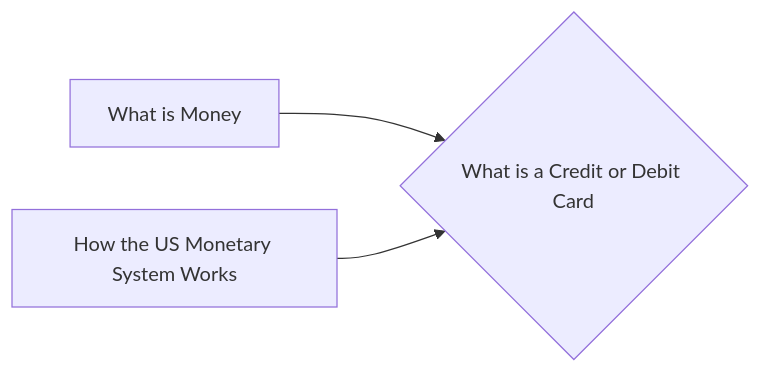
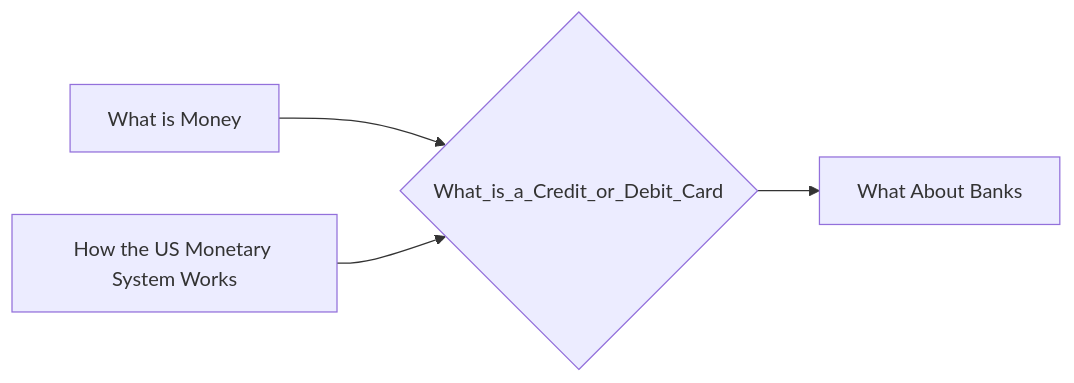
The diagram in notes/What_is_a_Credit_or_Debit_Card.md (lpurdy01/crypto-knowledge-map), drawn with Mermaid before and after one commit. The commit also changed 161 other files, not shown here.

````diff
--- a/notes/What_is_a_Credit_or_Debit_Card.md
+++ b/notes/What_is_a_Credit_or_Debit_Card.md
@@ -9,5 +9,6 @@
 ```mermaid
 graph LR
-1["What is Money"]-->0{"What is a Credit or Debit Card"}
-2["How the US Monetary System Works"]-->0{"What is a Credit or Debit Card"}
+1["What is Money"]-->0{"What_is_a_Credit_or_Debit_Card"}
+2["How the US Monetary System Works"]-->0{"What_is_a_Credit_or_Debit_Card"}
+0{"What_is_a_Credit_or_Debit_Card"}-->3["What About Banks"]
 ```
````
